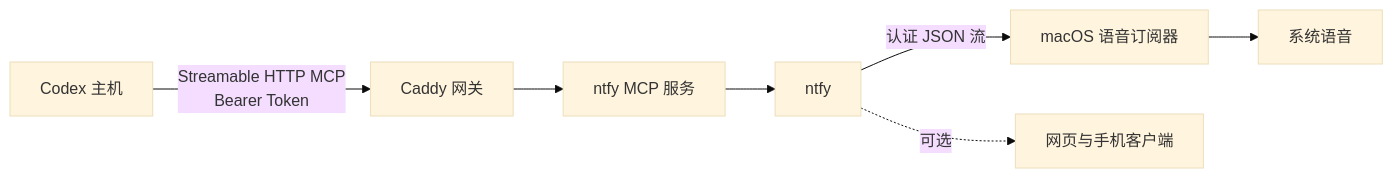
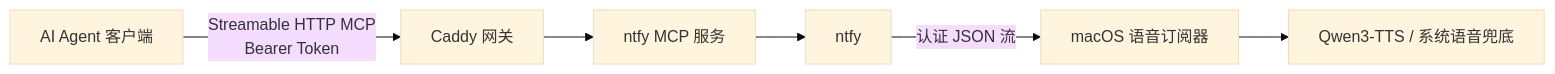
Before and after one commit to Seker800/SekerCallMe: the diagram in README.zh-CN.md, drawn with Mermaid (base theme). The commit also changed other lines of this file and 4 other files, not shown here.

````diff
--- a/README.zh-CN.md
+++ b/README.zh-CN.md
@@ -38,9 +37,8 @@
 ```mermaid
 flowchart LR
-    Codex[Codex 主机] -->|Streamable HTTP MCP<br/>Bearer Token| Caddy[Caddy 网关]
+    Agents[AI Agent 客户端] -->|Streamable HTTP MCP<br/>Bearer Token| Caddy[Caddy 网关]
     Caddy --> MCP[ntfy MCP 服务]
     MCP --> Ntfy[ntfy]
     Ntfy -->|认证 JSON 流| Mac[macOS 语音订阅器]
-    Mac --> Say[系统语音]
-    Ntfy -. 可选 .-> Mobile[网页与手机客户端]
+    Mac --> Speech[Qwen3-TTS / 系统语音兜底]
 ```
````
